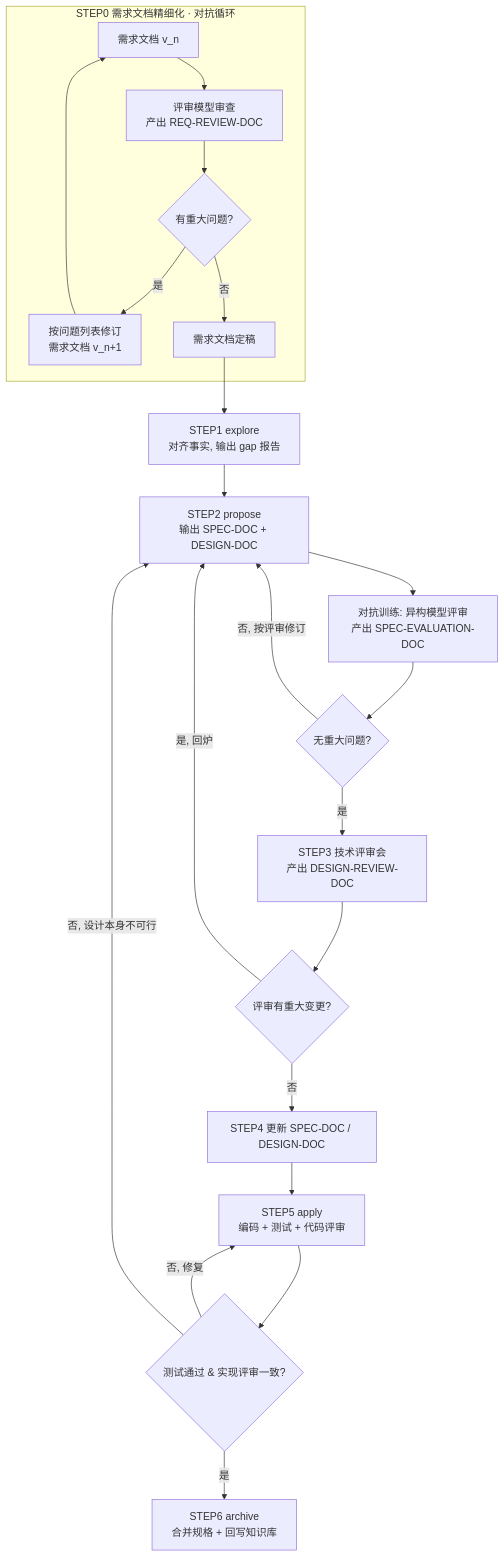
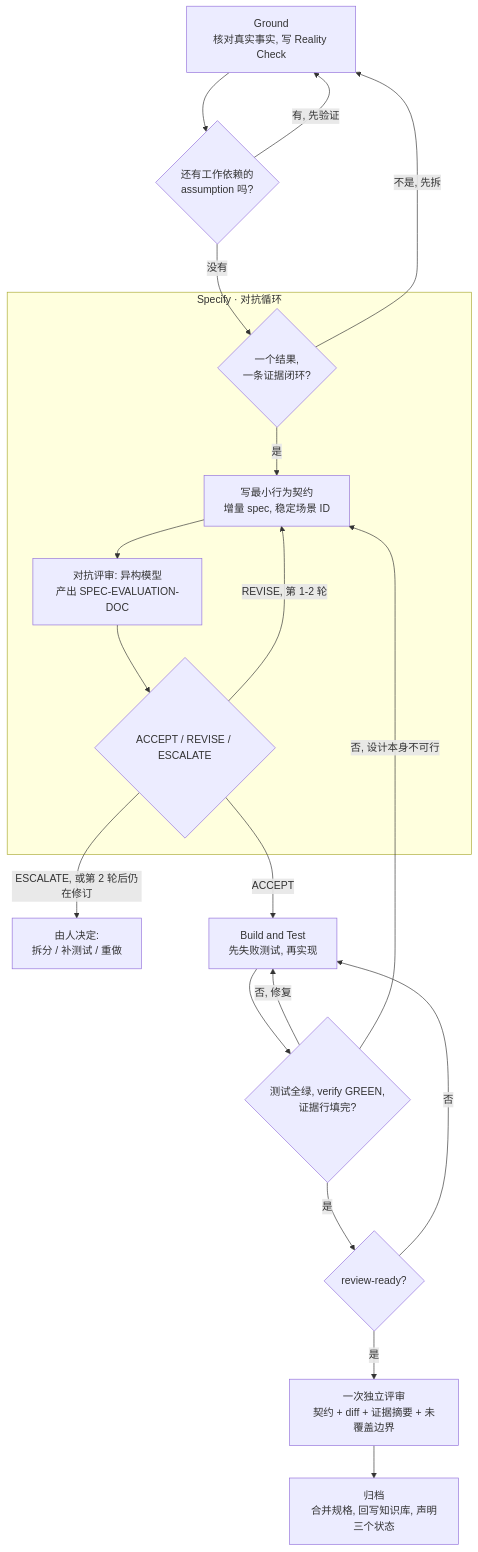
Before and after one commit to Apriorhythm/apriori-spec-development: the diagram in docs/concepts_cn.md, drawn with Mermaid. The commit also changed other lines of this file and 66 other files, not shown here.

Commit message:
feat(v6): simplify change flow and review readiness

````diff
--- a/docs/concepts_cn.md
+++ b/docs/concepts_cn.md
@@ -292,27 +294,25 @@
 ```mermaid
 graph TD
-    subgraph S0[STEP0 需求文档精细化 · 对抗循环]
-        A1[需求文档 v_n] --> A2[评审模型审查<br/>产出 REQ-REVIEW-DOC]
-        A2 --> A3{有重大问题?}
-        A3 -- 是 --> A4[按问题列表修订<br/>需求文档 v_n+1]
-        A4 --> A1
-        A3 -- 否 --> A5[需求文档定稿]
+    B[Ground<br/>核对真实事实, 写 Reality Check]
+    B --> B2{还有工作依赖的<br/>assumption 吗?}
+    B2 -- 有, 先验证 --> B
+    B2 -- 没有 --> C0{一个结果,<br/>一条证据闭环?}
+    C0 -- 不是, 先拆 --> B
+
+    subgraph S1[Specify · 对抗循环]
+        C0 -- 是 --> C[写最小行为契约<br/>增量 spec, 稳定场景 ID]
+        C --> D[对抗评审: 异构模型<br/>产出 SPEC-EVALUATION-DOC]
+        D --> D2{ACCEPT / REVISE / ESCALATE}
+        D2 -- REVISE, 第 1-2 轮 --> C
     end
 
-    A5 --> B[STEP1 explore<br/>对齐事实, 输出 gap 报告]
-    B --> C[STEP2 propose<br/>输出 SPEC-DOC + DESIGN-DOC]
-
-    C --> D[对抗训练: 异构模型评审<br/>产出 SPEC-EVALUATION-DOC]
-    D --> D2{无重大问题?}
-    D2 -- 否, 按评审修订 --> C
-
-    D2 -- 是 --> E[STEP3 技术评审会<br/>产出 DESIGN-REVIEW-DOC]
-    E --> F{评审有重大变更?}
-    F -- 是, 回炉 --> C
-    F -- 否 --> G[STEP4 更新 SPEC-DOC / DESIGN-DOC]
-    G --> H[STEP5 apply<br/>编码 + 测试 + 代码评审]
-    H --> H2{测试通过 & 实现评审一致?}
+    D2 -- ESCALATE, 或第 2 轮后仍在修订 --> X[由人决定:<br/>拆分 / 补测试 / 重做]
+    D2 -- ACCEPT --> H[Build and Test<br/>先失败测试, 再实现]
+    H --> H2{测试全绿, verify GREEN,<br/>证据行填完?}
     H2 -- 否, 修复 --> H
     H2 -- 否, 设计本身不可行 --> C
-    H2 -- 是 --> I[STEP6 archive<br/>合并规格 + 回写知识库]
+    H2 -- 是 --> R{review-ready?}
+    R -- 否 --> H
+    R -- 是 --> RV[一次独立评审<br/>契约 + diff + 证据摘要 + 未覆盖边界]
+    RV --> I[归档<br/>合并规格, 回写知识库, 声明三个状态]
 ```
````
